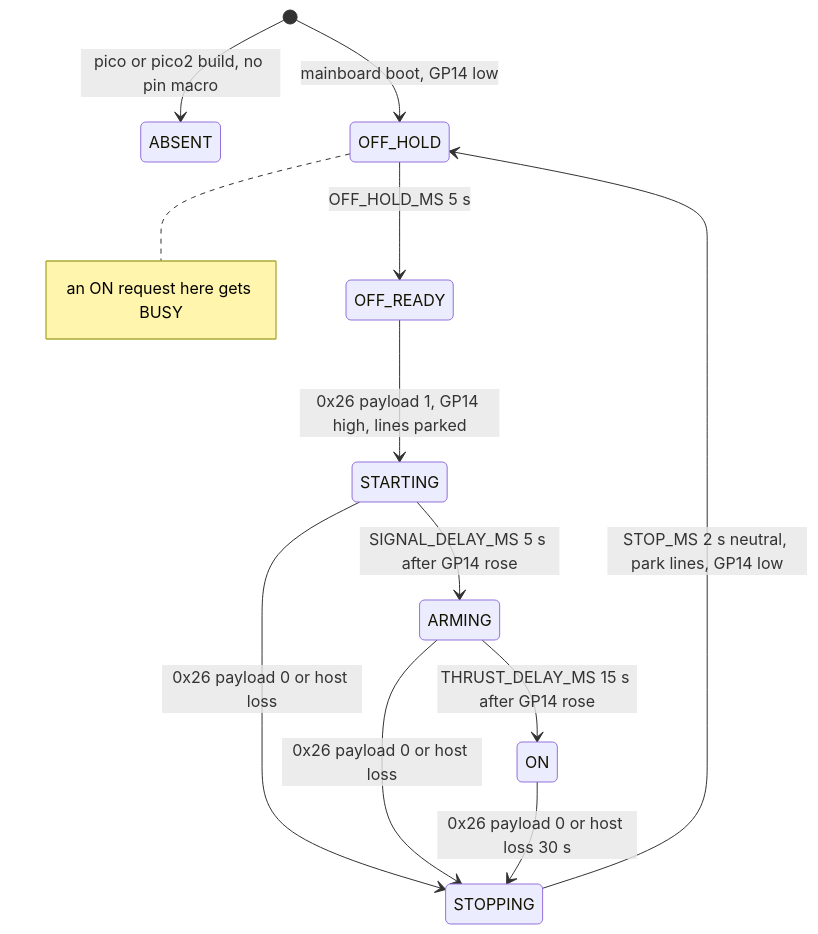
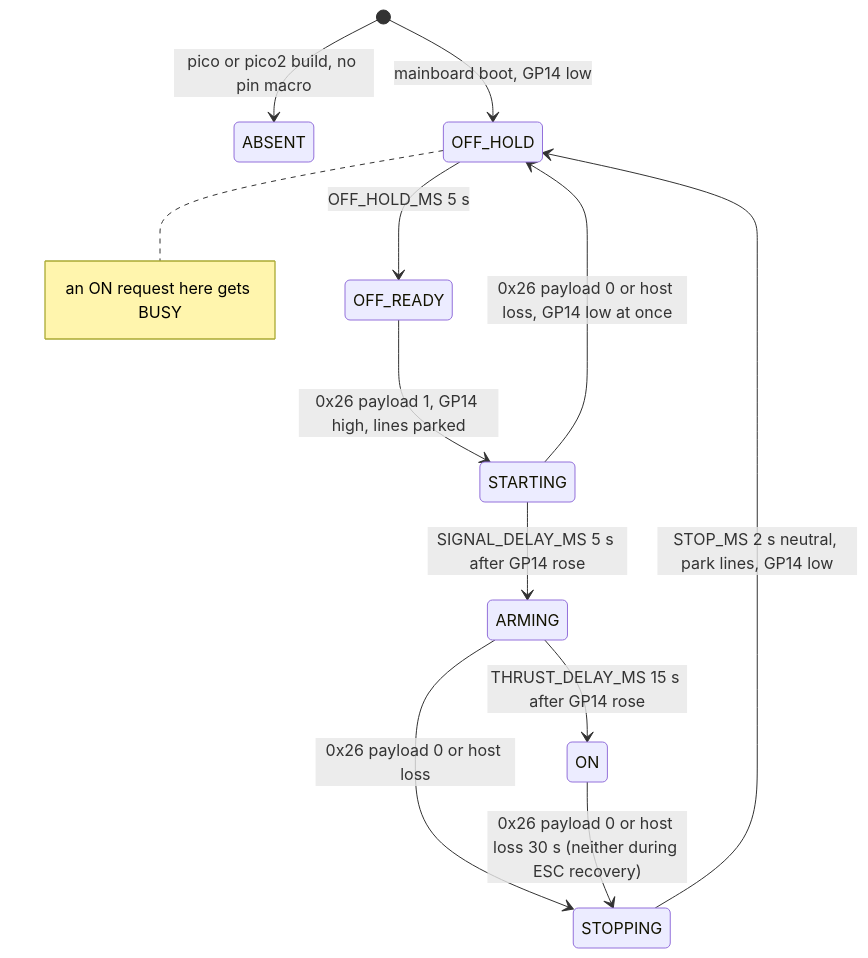
One commit to Tropaion/Manafish_Mainboard changed the fourth of 7 diagrams in docs/wiki/06-Runtime-View.md. Above: the diagram before and after it, drawn with Mermaid. The commit also changed other lines of this file and 42 other files, not shown here.

````diff
--- a/docs/wiki/06-Runtime-View.md
+++ b/docs/wiki/06-Runtime-View.md
@@ -121,14 +125,14 @@
 ```mermaid
 stateDiagram-v2
   [*] --> ABSENT: pico or pico2 build, no pin macro
   [*] --> OFF_HOLD: mainboard boot, GP14 low
   OFF_HOLD --> OFF_READY: OFF_HOLD_MS 5 s
   OFF_READY --> STARTING: 0x26 payload 1, GP14 high, lines parked
   STARTING --> ARMING: SIGNAL_DELAY_MS 5 s after GP14 rose
   ARMING --> ON: THRUST_DELAY_MS 15 s after GP14 rose
-  STARTING --> STOPPING: 0x26 payload 0 or host loss
+  STARTING --> OFF_HOLD: 0x26 payload 0 or host loss, GP14 low at once
   ARMING --> STOPPING: 0x26 payload 0 or host loss
-  ON --> STOPPING: 0x26 payload 0 or host loss 30 s
+  ON --> STOPPING: 0x26 payload 0 or host loss 30 s (neither during ESC recovery)
   STOPPING --> OFF_HOLD: STOP_MS 2 s neutral, park lines, GP14 low
   note right of OFF_HOLD : an ON request here gets BUSY
 ```
````
